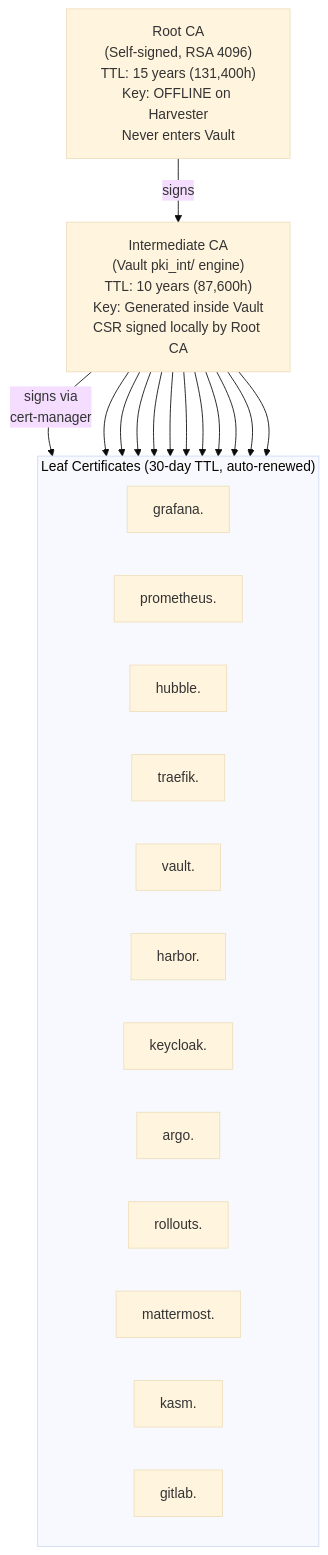
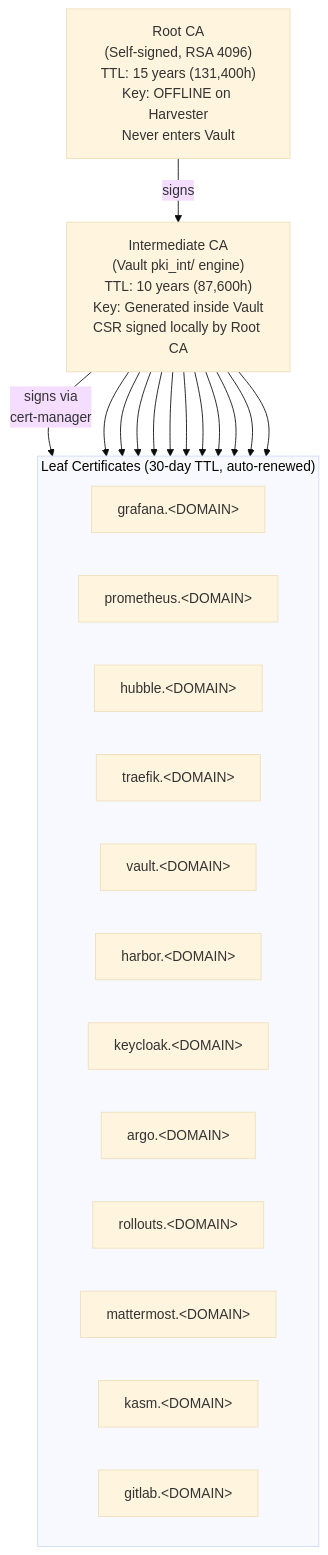
Diagram 13 of 26 in docs/engineering/system-architecture.md (derhornspieler/harvester-rke2-platform), drawn with Mermaid (base theme) before and after one commit. The commit also changed other lines of this file and 127 other files, not shown here.

````diff
--- a/docs/engineering/system-architecture.md
+++ b/docs/engineering/system-architecture.md
@@ -720,36 +718,36 @@
 ```mermaid
 graph TD
     Root["Root CA<br/>(Self-signed, RSA 4096)<br/>TTL: 15 years (131,400h)<br/>Key: OFFLINE on Harvester<br/>Never enters Vault"]
 
     Intermediate["Intermediate CA<br/>(Vault pki_int/ engine)<br/>TTL: 10 years (87,600h)<br/>Key: Generated inside Vault<br/>CSR signed locally by Root CA"]
 
     subgraph LeafCerts["Leaf Certificates (30-day TTL, auto-renewed)"]
         direction LR
-        C1["grafana.<DOMAIN>"]
-        C2["prometheus.<DOMAIN>"]
-        C3["hubble.<DOMAIN>"]
-        C4["traefik.<DOMAIN>"]
-        C5["vault.<DOMAIN>"]
-        C6["harbor.<DOMAIN>"]
-        C7["keycloak.<DOMAIN>"]
-        C8["argo.<DOMAIN>"]
-        C9["rollouts.<DOMAIN>"]
-        C10["mattermost.<DOMAIN>"]
-        C11["kasm.<DOMAIN>"]
-        C12["gitlab.<DOMAIN>"]
+        C1["grafana.&lt;DOMAIN&gt;"]
+        C2["prometheus.&lt;DOMAIN&gt;"]
+        C3["hubble.&lt;DOMAIN&gt;"]
+        C4["traefik.&lt;DOMAIN&gt;"]
+        C5["vault.&lt;DOMAIN&gt;"]
+        C6["harbor.&lt;DOMAIN&gt;"]
+        C7["keycloak.&lt;DOMAIN&gt;"]
+        C8["argo.&lt;DOMAIN&gt;"]
+        C9["rollouts.&lt;DOMAIN&gt;"]
+        C10["mattermost.&lt;DOMAIN&gt;"]
+        C11["kasm.&lt;DOMAIN&gt;"]
+        C12["gitlab.&lt;DOMAIN&gt;"]
     end
 
     Root -->|"signs"| Intermediate
     Intermediate -->|"signs via<br/>cert-manager"| C1
     Intermediate --> C2
     Intermediate --> C3
     Intermediate --> C4
     Intermediate --> C5
     Intermediate --> C6
     Intermediate --> C7
     Intermediate --> C8
     Intermediate --> C9
     Intermediate --> C10
     Intermediate --> C11
     Intermediate --> C12
 ```
````
